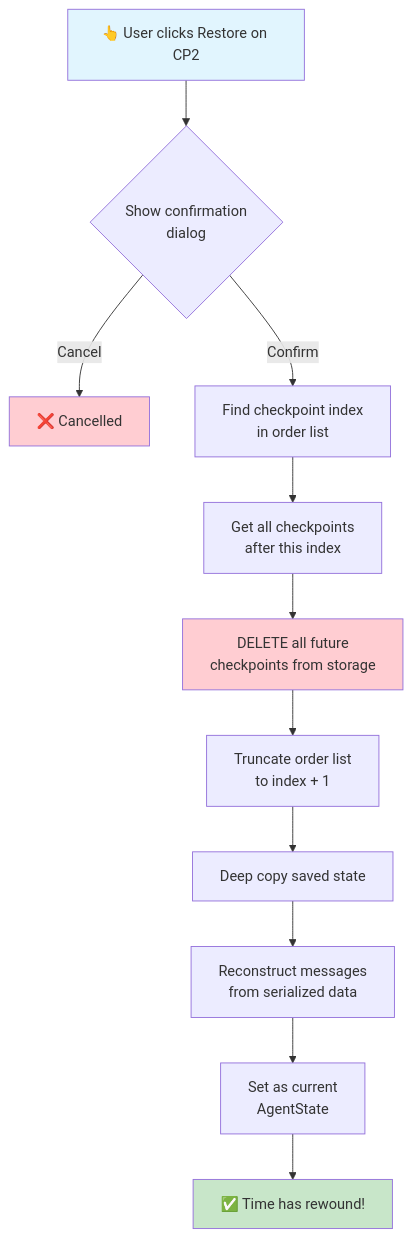
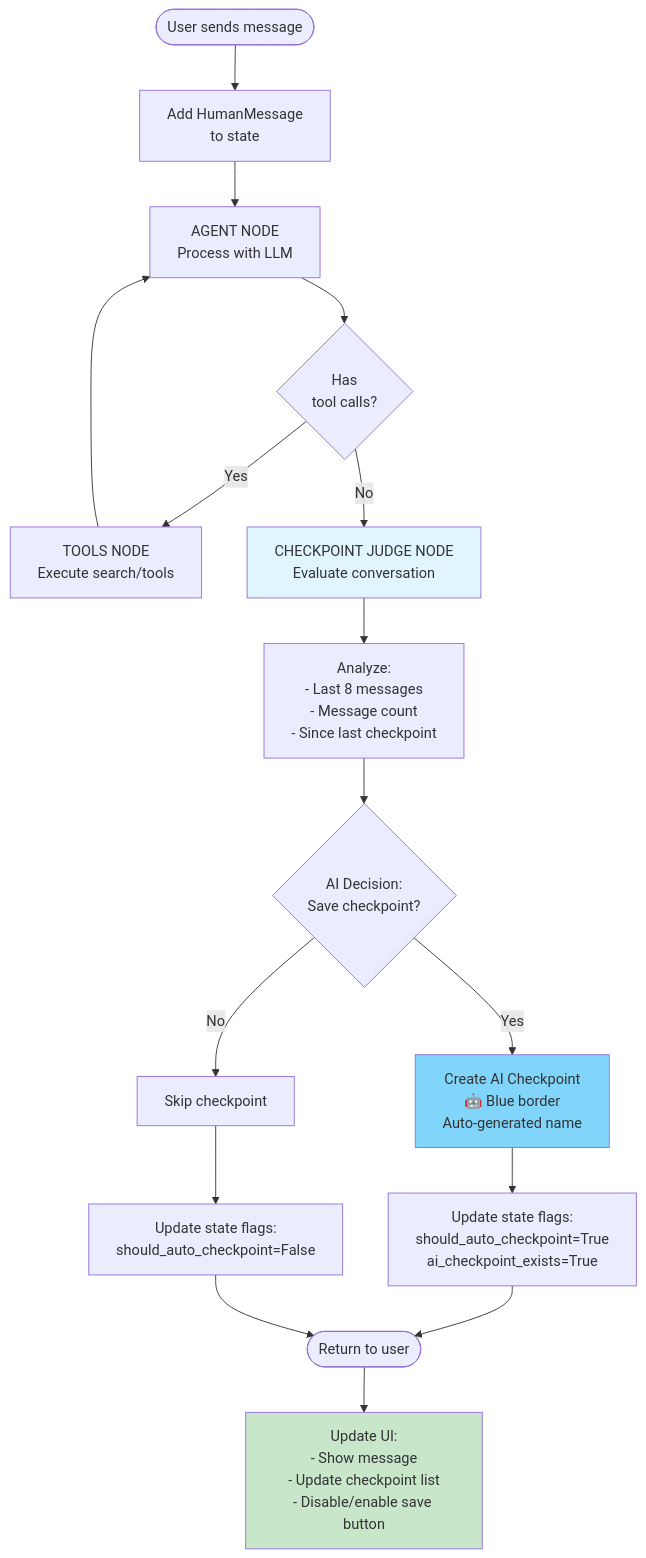
The sixth of 21 diagrams in docs/TIME_TRAVEL.md (Panegyric0926/checkpoint), drawn with Mermaid before and after one commit. The commit also changed other lines of this file and 5 other files, not shown here.

````diff
--- a/docs/TIME_TRAVEL.md
+++ b/docs/TIME_TRAVEL.md
@@ -122,18 +286,31 @@
 ```mermaid
 flowchart TD
-    A[👆 User clicks Restore on CP2] --> B{Show confirmation<br/>dialog}
-    B -->|Cancel| C[❌ Cancelled]
-    B -->|Confirm| D[Find checkpoint index<br/>in order list]
-    D --> E[Get all checkpoints<br/>after this index]
-    E --> F[DELETE all future<br/>checkpoints from storage]
-    F --> G[Truncate order list<br/>to index + 1]
-    G --> H[Deep copy saved state]
-    H --> I[Reconstruct messages<br/>from serialized data]
-    I --> J[Set as current<br/>AgentState]
-    J --> K[✅ Time has rewound!]
+    Start([User sends message]) --> AddMsg[Add HumanMessage<br/>to state]
+    AddMsg --> Agent[AGENT NODE<br/>Process with LLM]
     
-    style A fill:#e1f5fe
-    style C fill:#ffcdd2
-    style F fill:#ffcdd2
-    style K fill:#c8e6c9
+    Agent --> CheckTools{Has<br/>tool calls?}
+    
+    CheckTools -->|Yes| Tools[TOOLS NODE<br/>Execute search/tools]
+    Tools --> Agent
+    
+    CheckTools -->|No| Judge[CHECKPOINT JUDGE NODE<br/>Evaluate conversation]
+    
+    Judge --> Analyze[Analyze:<br/>- Last 8 messages<br/>- Message count<br/>- Since last checkpoint]
+    
+    Analyze --> Decision{AI Decision:<br/>Save checkpoint?}
+    
+    Decision -->|Yes| CreateCP[Create AI Checkpoint<br/>🤖 Blue border<br/>Auto-generated name]
+    Decision -->|No| Skip[Skip checkpoint]
+    
+    CreateCP --> UpdateState[Update state flags:<br/>should_auto_checkpoint=True<br/>ai_checkpoint_exists=True]
+    Skip --> UpdateState2[Update state flags:<br/>should_auto_checkpoint=False]
+    
+    UpdateState --> End([Return to user])
+    UpdateState2 --> End
+    
+    End --> UI[Update UI:<br/>- Show message<br/>- Update checkpoint list<br/>- Disable/enable save button]
+    
+    style Judge fill:#e1f5fe
+    style CreateCP fill:#81d4fa
+    style UI fill:#c8e6c9
 ```
````
